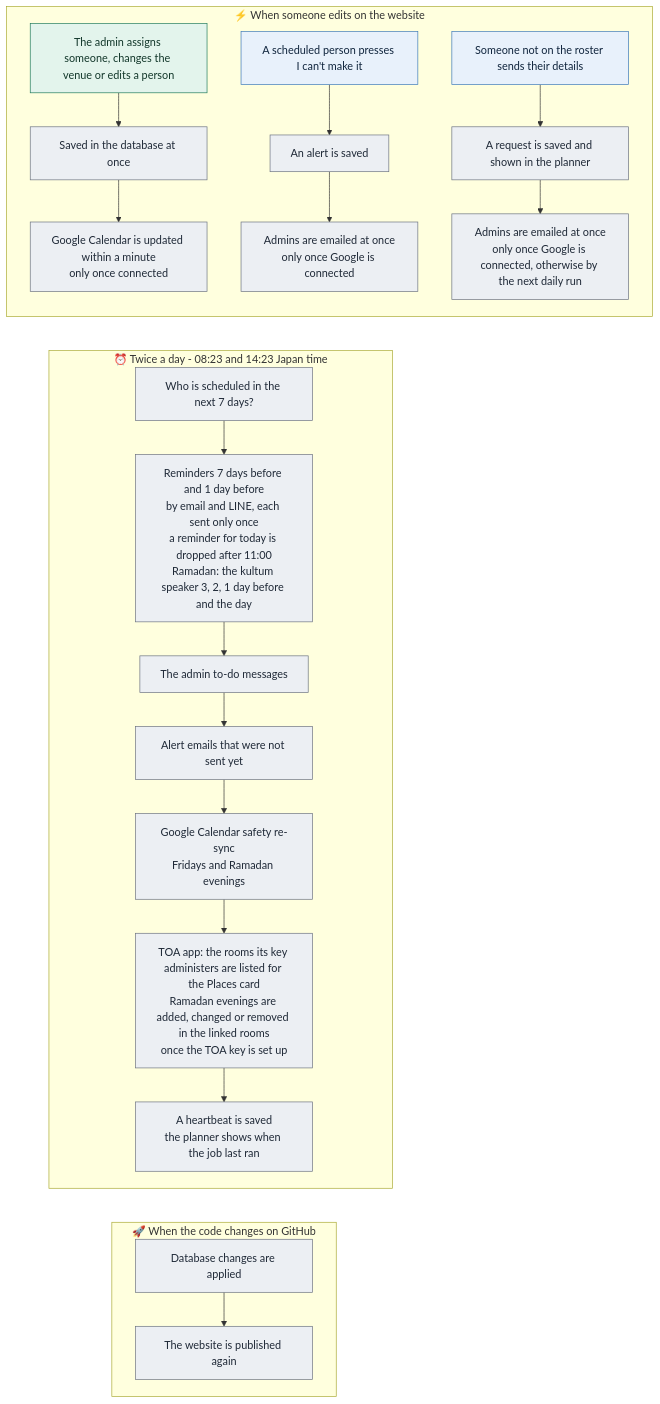
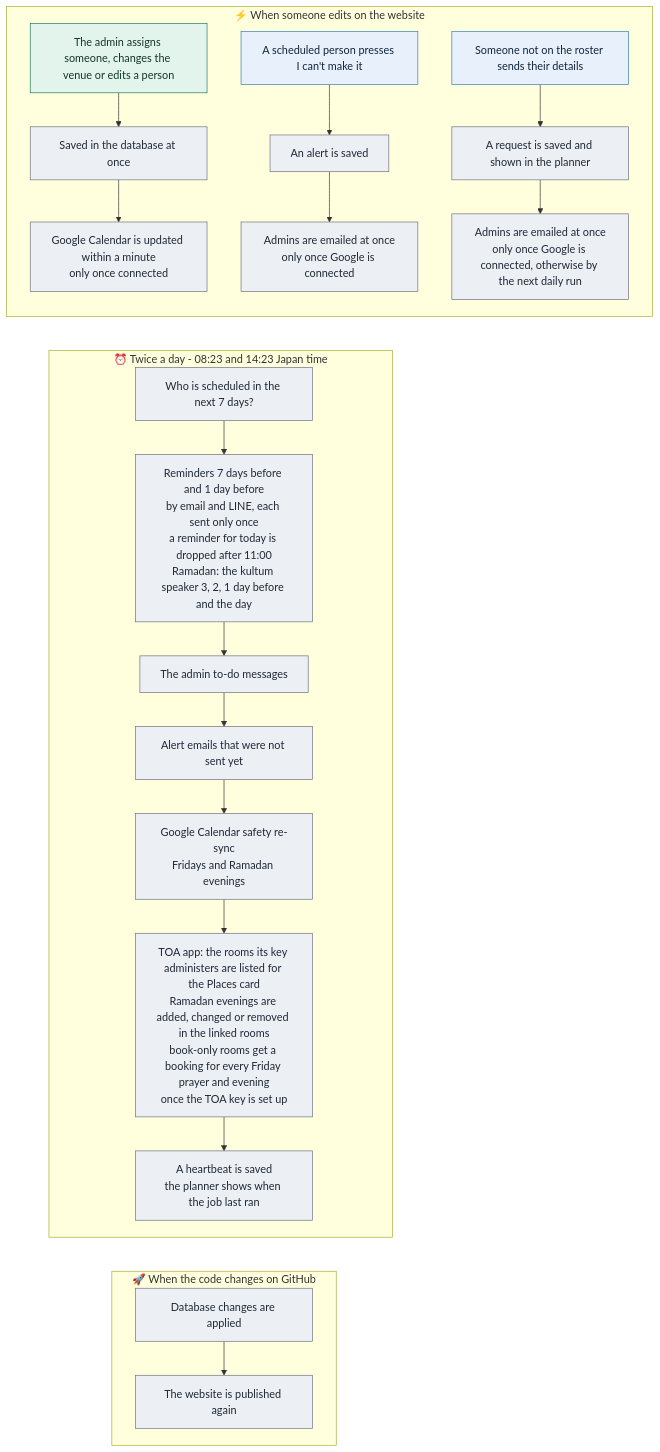
The diagram in public/flows/automation.mmd (mushaffarasyidridha/Jumat-Scheduler-NAIST), drawn with Mermaid before and after one commit. The commit also changed 10 other files, not shown here.

First line of the commit message:
TOA bookings: book-only rooms get a booking at every scheduled prayer

```diff
--- a/public/flows/automation.mmd
+++ b/public/flows/automation.mmd
@@ -1,33 +1,33 @@
 flowchart TD
   subgraph t1["⚡ When someone edits on the website"]
     E1["The admin assigns someone, changes the venue or edits a person"] --> E2["Saved in the database at once"]
     E2 --> E3["Google Calendar is updated within a minute<br/>only once connected"]
     U1["A scheduled person presses I can't make it"] --> U2["An alert is saved"]
     U2 --> U3["Admins are emailed at once<br/>only once Google is connected"]
     J1["Someone not on the roster sends their details"] --> J2["A request is saved and shown in the planner"]
     J2 --> J3["Admins are emailed at once<br/>only once Google is connected, otherwise by the next daily run"]
   end
 
   subgraph t2["⏰ Twice a day - 08:23 and 14:23 Japan time"]
     R1["Who is scheduled in the next 7 days?"] --> R2["Reminders 7 days before and 1 day before<br/>by email and LINE, each sent only once<br/>a reminder for today is dropped after 11:00<br/>Ramadan: the kultum speaker 3, 2, 1 day before and the day"]
     R2 --> R3["The admin to-do messages"]
     R3 --> R4["Alert emails that were not sent yet"]
     R4 --> R5["Google Calendar safety re-sync<br/>Fridays and Ramadan evenings"]
-    R5 --> R5b["TOA app: the rooms its key administers are listed for the Places card<br/>Ramadan evenings are added, changed or removed in the linked rooms<br/>once the TOA key is set up"]
+    R5 --> R5b["TOA app: the rooms its key administers are listed for the Places card<br/>Ramadan evenings are added, changed or removed in the linked rooms<br/>book-only rooms get a booking for every Friday prayer and evening<br/>once the TOA key is set up"]
     R5b --> R6["A heartbeat is saved<br/>the planner shows when the job last ran"]
   end
 
   subgraph t3["🚀 When the code changes on GitHub"]
     D1["Database changes are applied"] --> D2["The website is published again"]
   end
 
   E3 ~~~ R1
   U3 ~~~ R1
   R6 ~~~ D1
 
   classDef admin fill:#e3f4ec,stroke:#1f7a5c,color:#12372a
   classDef robot fill:#eceff3,stroke:#6b7280,color:#1f2937
   classDef member fill:#e8f1fb,stroke:#3b78b8,color:#10253d
   class E1 admin
   class U1,J1 member
   class E2,E3,U2,U3,J2,J3,R1,R2,R3,R4,R5,R5b,R6,D1,D2 robot
```
